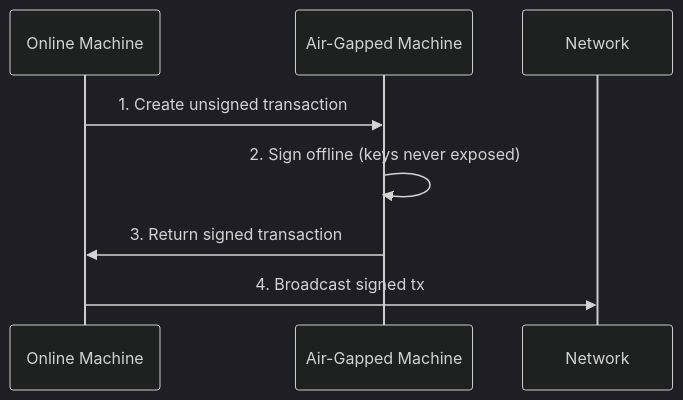
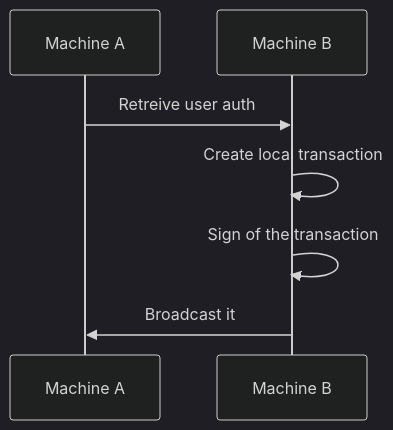
The first of 2 diagrams in gno-tutorials/short-tutorials/10-airgap-tx/slides.md (samouraiworld/peerdev), drawn with Mermaid (dark theme) before and after one commit. The commit also changed other lines of this file, not shown here.

````diff
--- a/gno-tutorials/short-tutorials/10-airgap-tx/slides.md
+++ b/gno-tutorials/short-tutorials/10-airgap-tx/slides.md
@@ -128,9 +44,10 @@
 ```mermaid
 sequenceDiagram
-    participant O as Online Machine
-    participant F as Air-Gapped Machine
-    O->>F: 1. Create unsigned transaction
-    F->>F: 2. Sign offline (keys never exposed)
-    F->>O: 3. Return signed transaction
-    O->>Network: 4. Broadcast signed tx
+    participant A as Machine A
+    participant B as Machine B
+    
+    A->>B: Retreive user auth
+    B->>B: Create local transaction
+    B->>B: Sign of the transaction
+    B->>A: Broadcast it
 ```
````
